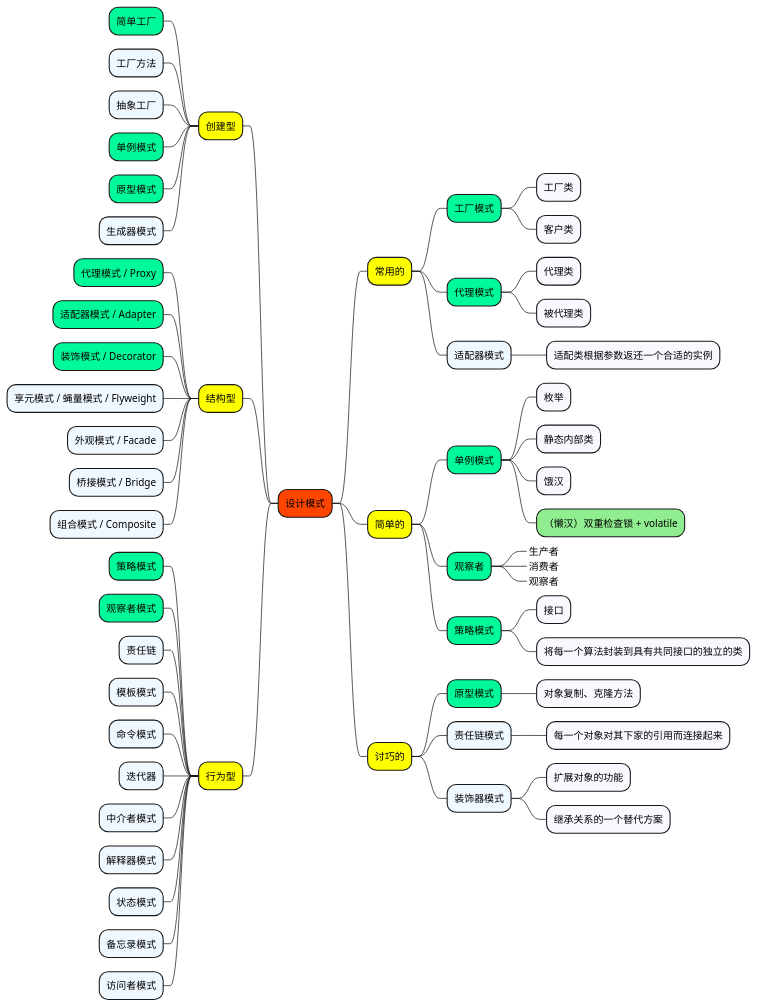
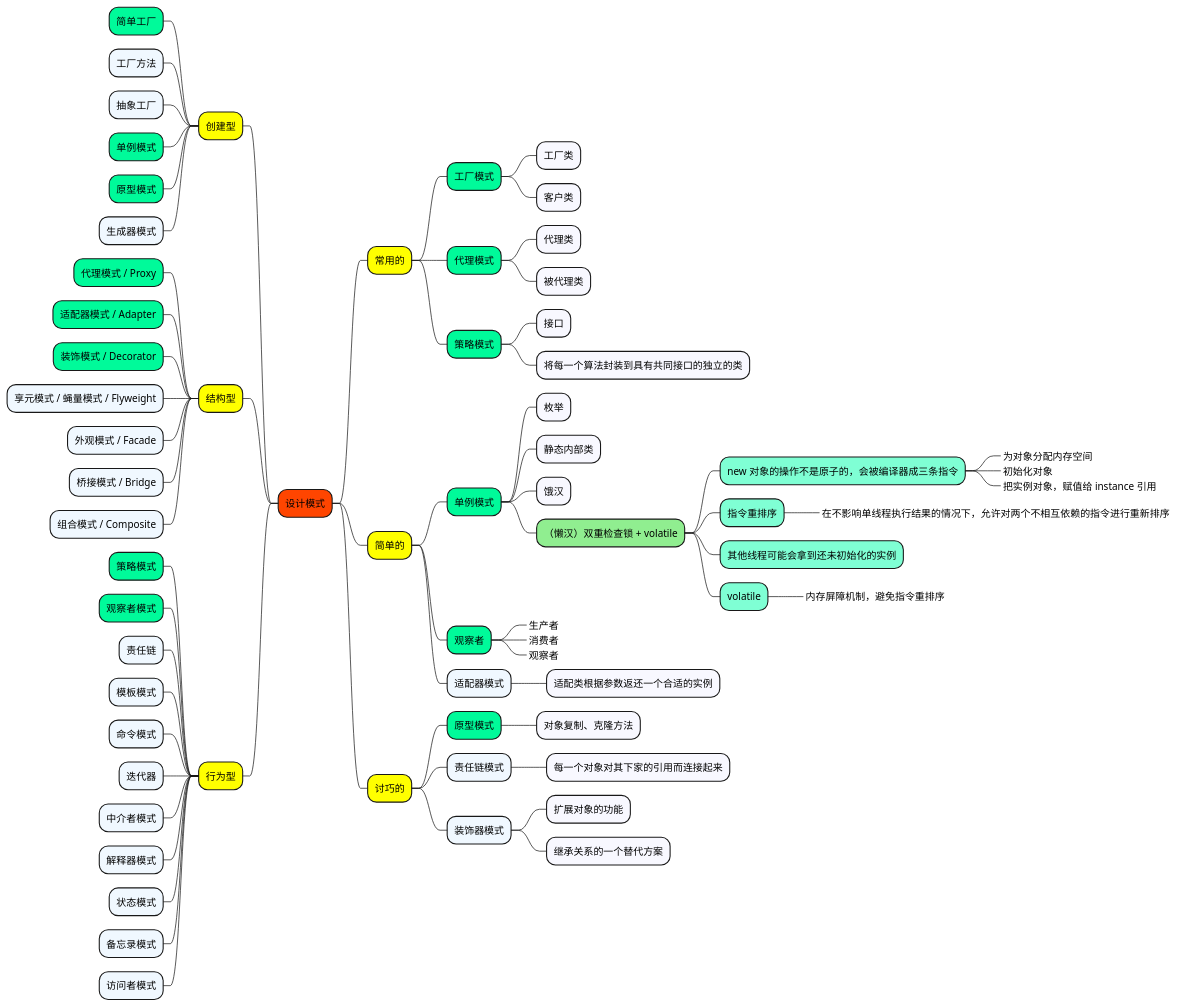
The diagram in 1_map/architecture/DesignPattern_设计模式.puml (doveg/self-cultivation-of-a-software-engineer), drawn with PlantUML before and after one commit. The commit also changed 5 other files, not shown here.

```diff
--- a/1_map/architecture/DesignPattern_设计模式.puml
+++ b/1_map/architecture/DesignPattern_设计模式.puml
@@ -1,84 +1,99 @@
 @startmindmap
 
 +[#OrangeRed] 设计模式
 
 ++[#yellow] 常用的
 
 +++[#MediumSpringGreen] 工厂模式
 ++++[#GhostWhite] 工厂类
 ++++[#GhostWhite] 客户类
 
 +++[#MediumSpringGreen] 代理模式
 ++++[#GhostWhite] 代理类
 ++++[#GhostWhite] 被代理类
 
-+++[#AliceBlue] 适配器模式
-++++[#GhostWhite] 适配类根据参数返还一个合适的实例
+
++++[#MediumSpringGreen] 策略模式
+++++[#GhostWhite] 接口
+++++[#GhostWhite] 将每一个算法封装到具有共同接口的独立的类
+
 
 ++[#yellow] 简单的
 
 +++[#MediumSpringGreen] 单例模式
 ++++[#GhostWhite] 枚举
 ++++[#GhostWhite] 静态内部类
 ++++[#GhostWhite] 饿汉
 ++++[#LightGreen] （懒汉）双重检查锁 + volatile
++++++[#Aquamarine] new 对象的操作不是原子的，会被编译器成三条指令
+++++++[#Aquamarine]_ 为对象分配内存空间
+++++++[#Aquamarine]_ 初始化对象
+++++++[#Aquamarine]_ 把实例对象，赋值给 instance 引用
++++++[#Aquamarine] 指令重排序
+++++++[#Aquamarine]_ 在不影响单线程执行结果的情况下，允许对两个不相互依赖的指令进行重新排序
++++++[#Aquamarine] 其他线程可能会拿到还未初始化的实例
++++++[#Aquamarine] volatile
+++++++[#Aquamarine]_ 内存屏障机制，避免指令重排序
+
 
 +++[#MediumSpringGreen] 观察者
 ++++[#GhostWhite]_ 生产者
 ++++[#GhostWhite]_ 消费者
 ++++[#GhostWhite]_ 观察者
 
-+++[#MediumSpringGreen] 策略模式
-++++[#GhostWhite] 接口
-++++[#GhostWhite] 将每一个算法封装到具有共同接口的独立的类
++++[#AliceBlue] 适配器模式
+++++[#GhostWhite] 适配类根据参数返还一个合适的实例
+
+
+
 
 ++[#yellow] 讨巧的
 
 +++[#MediumSpringGreen] 原型模式
 ++++[#GhostWhite] 对象复制、克隆方法
 
 +++[#AliceBlue] 责任链模式
 ++++[#GhostWhite] 每一个对象对其下家的引用而连接起来
 
 +++[#AliceBlue] 装饰器模式
 ++++[#GhostWhite] 扩展对象的功能
 ++++[#GhostWhite] 继承关系的一个替代方案
 
 
 --[#yellow] 创建型
 
 ---[#MediumSpringGreen] 简单工厂
 ---[#AliceBlue] 工厂方法
 ---[#AliceBlue] 抽象工厂
 ---[#MediumSpringGreen] 单例模式
 ---[#MediumSpringGreen] 原型模式
 ---[#AliceBlue] 生成器模式
 
 
 --[#yellow] 结构型
 
 ---[#MediumSpringGreen] 代理模式 / Proxy
 ---[#MediumSpringGreen] 适配器模式 / Adapter
 ---[#MediumSpringGreen] 装饰模式 / Decorator
 ---[#AliceBlue] 享元模式 / 蝇量模式 / Flyweight
 ---[#AliceBlue] 外观模式 / Facade
 ---[#AliceBlue] 桥接模式 / Bridge
 ---[#AliceBlue] 组合模式 / Composite
 
 
 --[#yellow] 行为型
 
 ---[#MediumSpringGreen] 策略模式
 ---[#MediumSpringGreen] 观察者模式
 ---[#AliceBlue] 责任链
 ---[#AliceBlue] 模板模式
 ---[#AliceBlue] 命令模式
 ---[#AliceBlue] 迭代器
 ---[#AliceBlue] 中介者模式
 ---[#AliceBlue] 解释器模式
 ---[#AliceBlue] 状态模式
 ---[#AliceBlue] 备忘录模式
 ---[#AliceBlue] 访问者模式
 
 
 @endmindmap
```
